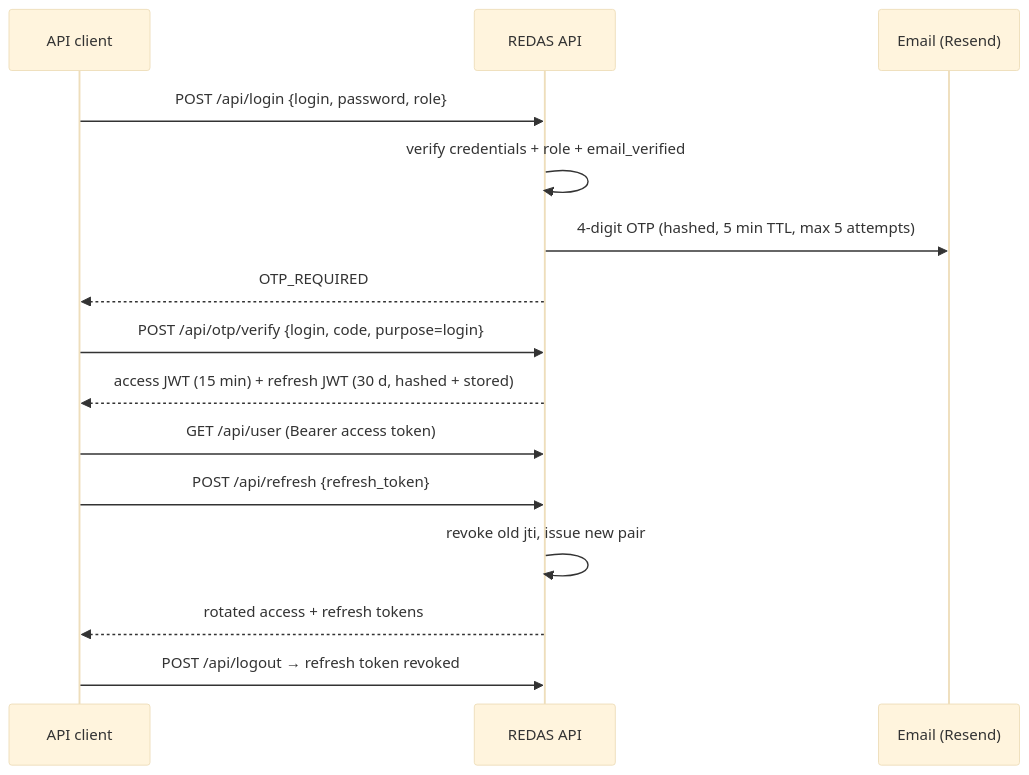
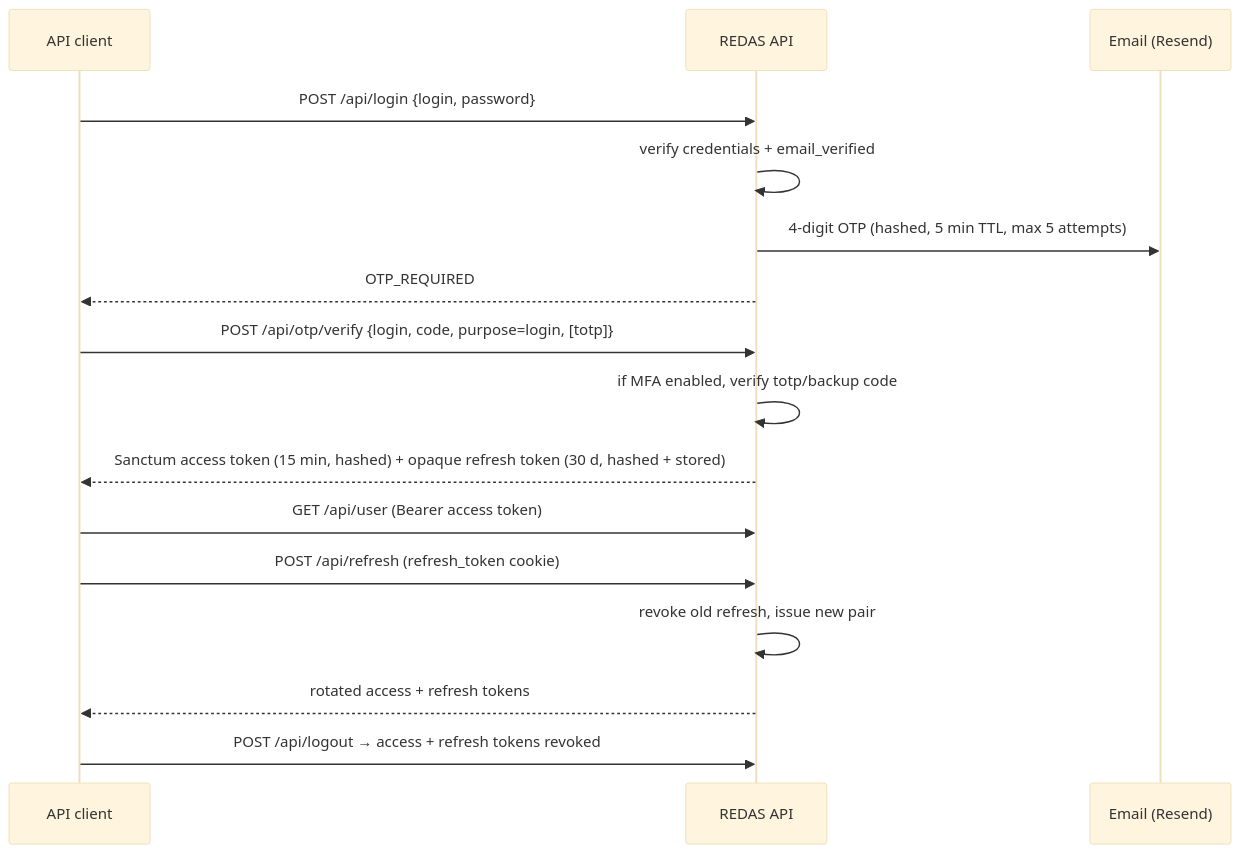
One commit to mickyt-oke/new_redas changed the third of 3 diagrams in docs/APP_FLOW.md. Above: the diagram before and after it, drawn with Mermaid (base theme). The commit also changed other lines of this file and 37 other files, not shown here.

Commit message:
Replaced JwtService with TokenService using Sanctum Default cache store switched to failover with redis primary and database fallback. Login/MFA stay alive if Redis drops. Added MFA brute-force protection, MFA backup-code hardening. Session fixation fix Updated Tests and documentation

````diff
--- a/docs/APP_FLOW.md
+++ b/docs/APP_FLOW.md
@@ -182,17 +182,18 @@
 ```mermaid
 sequenceDiagram
     participant C as API client
     participant S as REDAS API
     participant M as Email (Resend)
-    C->>S: POST /api/login {login, password, role}
-    S->>S: verify credentials + role + email_verified
+    C->>S: POST /api/login {login, password}
+    S->>S: verify credentials + email_verified
     S->>M: 4-digit OTP (hashed, 5 min TTL, max 5 attempts)
     S-->>C: OTP_REQUIRED
-    C->>S: POST /api/otp/verify {login, code, purpose=login}
-    S-->>C: access JWT (15 min) + refresh JWT (30 d, hashed + stored)
+    C->>S: POST /api/otp/verify {login, code, purpose=login, [totp]}
+    S->>S: if MFA enabled, verify totp/backup code
+    S-->>C: Sanctum access token (15 min, hashed) + opaque refresh token (30 d, hashed + stored)
     C->>S: GET /api/user (Bearer access token)
-    C->>S: POST /api/refresh {refresh_token}
-    S->>S: revoke old jti, issue new pair
+    C->>S: POST /api/refresh (refresh_token cookie)
+    S->>S: revoke old refresh, issue new pair
     S-->>C: rotated access + refresh tokens
-    C->>S: POST /api/logout → refresh token revoked
+    C->>S: POST /api/logout → access + refresh tokens revoked
 ```
````
